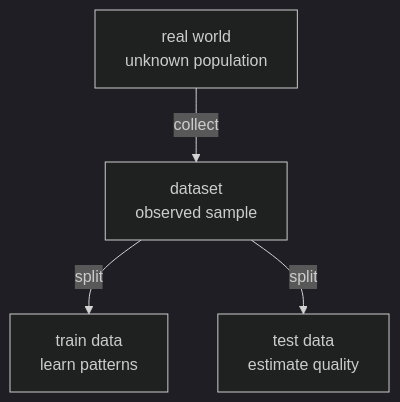
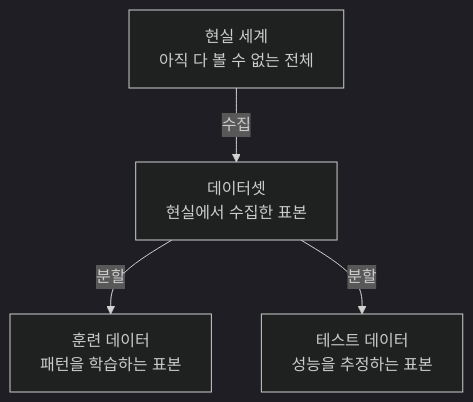
One commit to devchan64/AiBook changed the second of 2 diagrams in docs/parts/part-02/chapter-05/section-03.md. Above: the diagram before and after it, drawn with Mermaid (dark theme). The commit also changed other lines of this file and 29 other files, not shown here.

Commit message:
docs: localize part 2 diagrams and locale asset links

````diff
--- a/docs/parts/part-02/chapter-05/section-03.md
+++ b/docs/parts/part-02/chapter-05/section-03.md
@@ -208,11 +208,11 @@
 ```mermaid
 flowchart TD
-  A["real world<br/>unknown population"]
-  B["dataset<br/>observed sample"]
-  C["train data<br/>learn patterns"]
-  D["test data<br/>estimate quality"]
+  A["현실 세계<br/>아직 다 볼 수 없는 전체"]
+  B["데이터셋<br/>현실에서 수집한 표본"]
+  C["훈련 데이터<br/>패턴을 학습하는 표본"]
+  D["테스트 데이터<br/>성능을 추정하는 표본"]
 
-  A -->|collect| B
-  B -->|split| C
-  B -->|split| D
+  A -->|수집| B
+  B -->|분할| C
+  B -->|분할| D
 ```
````
